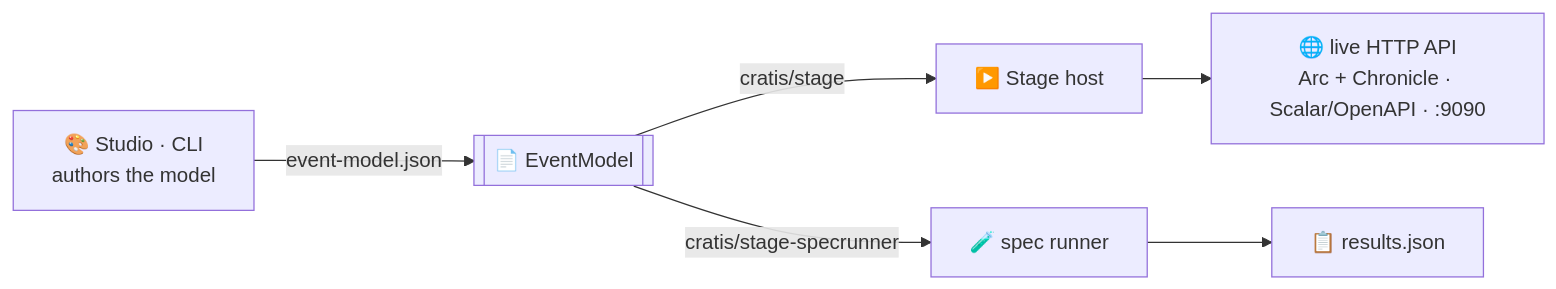
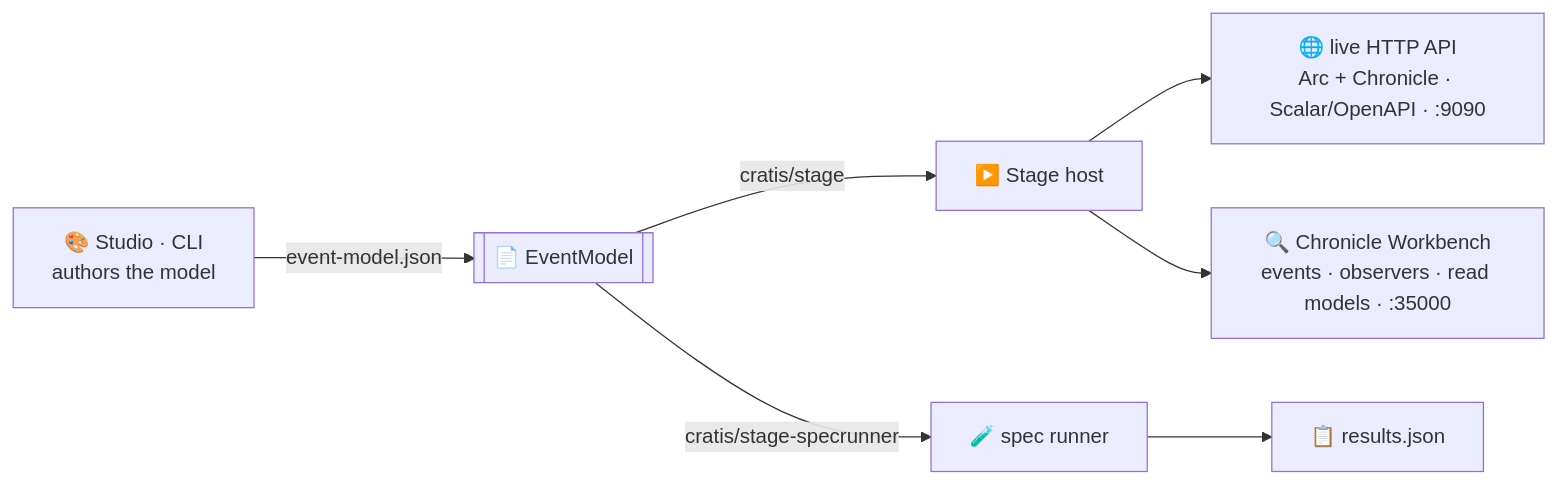
The diagram in README.md (Cratis/Stage), drawn with Mermaid before and after one commit. The commit also changed other lines of this file and 8 other files, not shown here.

````diff
--- a/README.md
+++ b/README.md
@@ -49,8 +49,9 @@
 ```mermaid
 flowchart LR
     Author["🎨 Studio · CLI<br/>authors the model"] -->|"event-model.json"| Model[["📄 EventModel"]]
     Model -->|"cratis/stage"| Host["▶️ Stage host"]
     Model -->|"cratis/stage-specrunner"| Spec["🧪 spec runner"]
     Host --> Api["🌐 live HTTP API<br/>Arc + Chronicle · Scalar/OpenAPI · :9090"]
+    Host --> Workbench["🔍 Chronicle Workbench<br/>events · observers · read models · :35000"]
     Spec --> Results["📋 results.json"]
 ```
````
